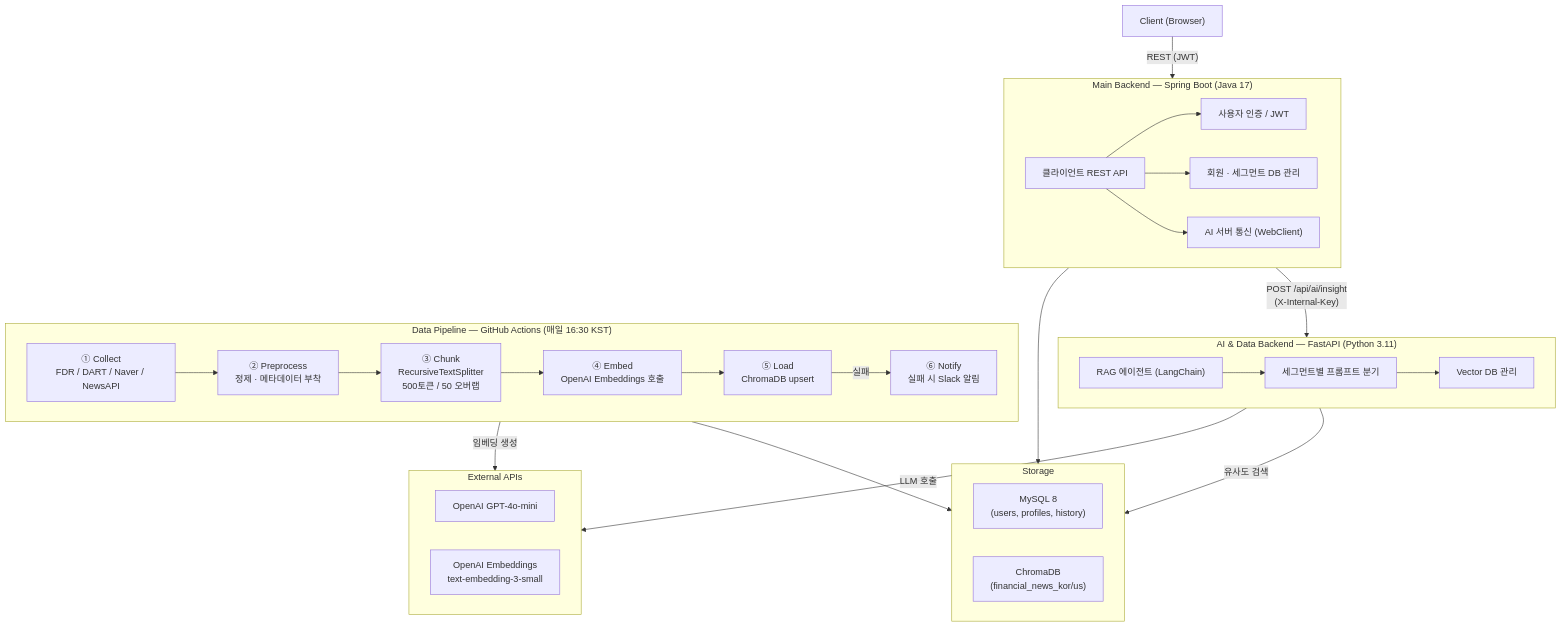
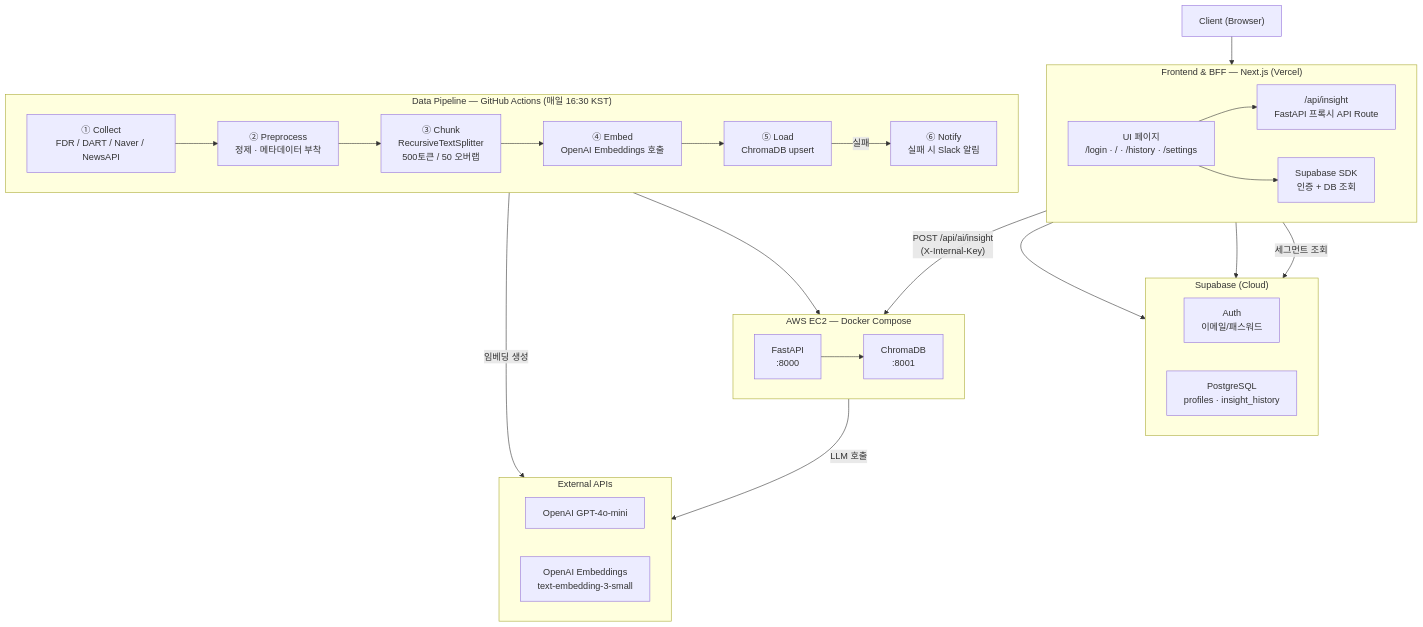
Before and after one commit to sammy0329/finsight-ai-agent: the first of 4 diagrams in docs/TECH_STACK.md, drawn with Mermaid. The commit also changed other lines of this file and 4 other files, not shown here.

First line of the commit message:
docs: Spring Boot → Next.js + Supabase 아키텍처 전환 반영

````diff
--- a/docs/TECH_STACK.md
+++ b/docs/TECH_STACK.md
@@ -10,56 +10,53 @@
 ```mermaid
 flowchart TD
     Client["Client (Browser)"]
 
-    subgraph SpringBoot["Main Backend — Spring Boot (Java 17)"]
+    subgraph Vercel["Frontend & BFF — Next.js (Vercel)"]
         direction LR
-        Auth["사용자 인증 / JWT"]
-        UserDB["회원 · 세그먼트 DB 관리"]
-        ClientAPI["클라이언트 REST API"]
-        InternalCall["AI 서버 통신 (WebClient)"]
+        Pages["UI 페이지\n/login · / · /history · /settings"]
+        APIRoute["/api/insight\nFastAPI 프록시 API Route"]
+        SupabaseSDK["Supabase SDK\n인증 + DB 조회"]
     end
 
-    subgraph FastAPI["AI & Data Backend — FastAPI (Python 3.11)"]
+    subgraph Supabase["Supabase (Cloud)"]
         direction LR
-        RAG["RAG 에이전트 (LangChain)"]
-        Prompt["세그먼트별 프롬프트 분기"]
-        VectorMgr["Vector DB 관리"]
+        SupabaseAuth["Auth\n이메일/패스워드"]
+        SupabaseDB["PostgreSQL\nprofiles · insight_history"]
     end
 
-    subgraph Storage["Storage"]
+    subgraph EC2["AWS EC2 — Docker Compose"]
         direction LR
-        MySQL["MySQL 8\n(users, profiles, history)"]
-        ChromaDB["ChromaDB\n(financial_news_kor/us)"]
+        FA["FastAPI\n:8000"]
+        Chroma["ChromaDB\n:8001"]
     end
 
     subgraph ExternalAPIs["External APIs"]
         direction LR
         LLM["OpenAI GPT-4o-mini"]
         Embedding["OpenAI Embeddings\ntext-embedding-3-small"]
     end
 
     subgraph Pipeline["Data Pipeline — GitHub Actions (매일 16:30 KST)"]
         direction LR
         Collect["① Collect\nFDR / DART / Naver / NewsAPI"]
         Preprocess["② Preprocess\n정제 · 메타데이터 부착"]
         Chunk["③ Chunk\nRecursiveTextSplitter\n500토큰 / 50 오버랩"]
         Embed["④ Embed\nOpenAI Embeddings 호출"]
         Load["⑤ Load\nChromaDB upsert"]
         Notify["⑥ Notify\n실패 시 Slack 알림"]
     end
 
-    Client -->|"REST (JWT)"| ClientAPI
-    ClientAPI --> Auth
-    ClientAPI --> UserDB
-    UserDB --> MySQL
-    ClientAPI --> InternalCall
-    InternalCall -->|"POST /api/ai/insight\n(X-Internal-Key)"| RAG
-    RAG --> Prompt
-    Prompt --> VectorMgr
-    VectorMgr -->|"유사도 검색"| ChromaDB
-    RAG -->|"LLM 호출"| LLM
+    Client --> Pages
+    Pages --> APIRoute
+    Pages --> SupabaseSDK
+    SupabaseSDK --> SupabaseAuth
+    SupabaseSDK --> SupabaseDB
+    APIRoute -->|"세그먼트 조회"| SupabaseDB
+    APIRoute -->|"POST /api/ai/insight\n(X-Internal-Key)"| FA
+    FA --> Chroma
+    FA -->|"LLM 호출"| LLM
     Embed -->|"임베딩 생성"| Embedding
 
-    Collect --> Preprocess --> Chunk --> Embed --> Load --> ChromaDB
+    Collect --> Preprocess --> Chunk --> Embed --> Load --> Chroma
     Load -->|"실패"| Notify
 ```
````
